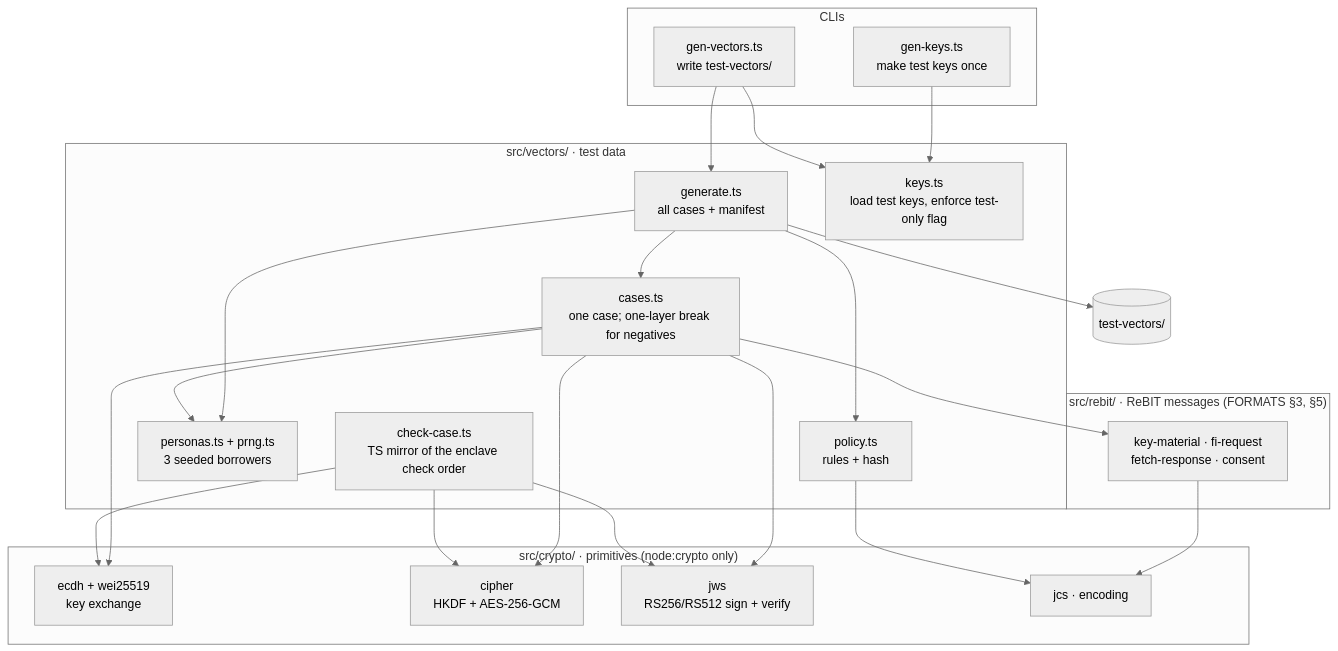
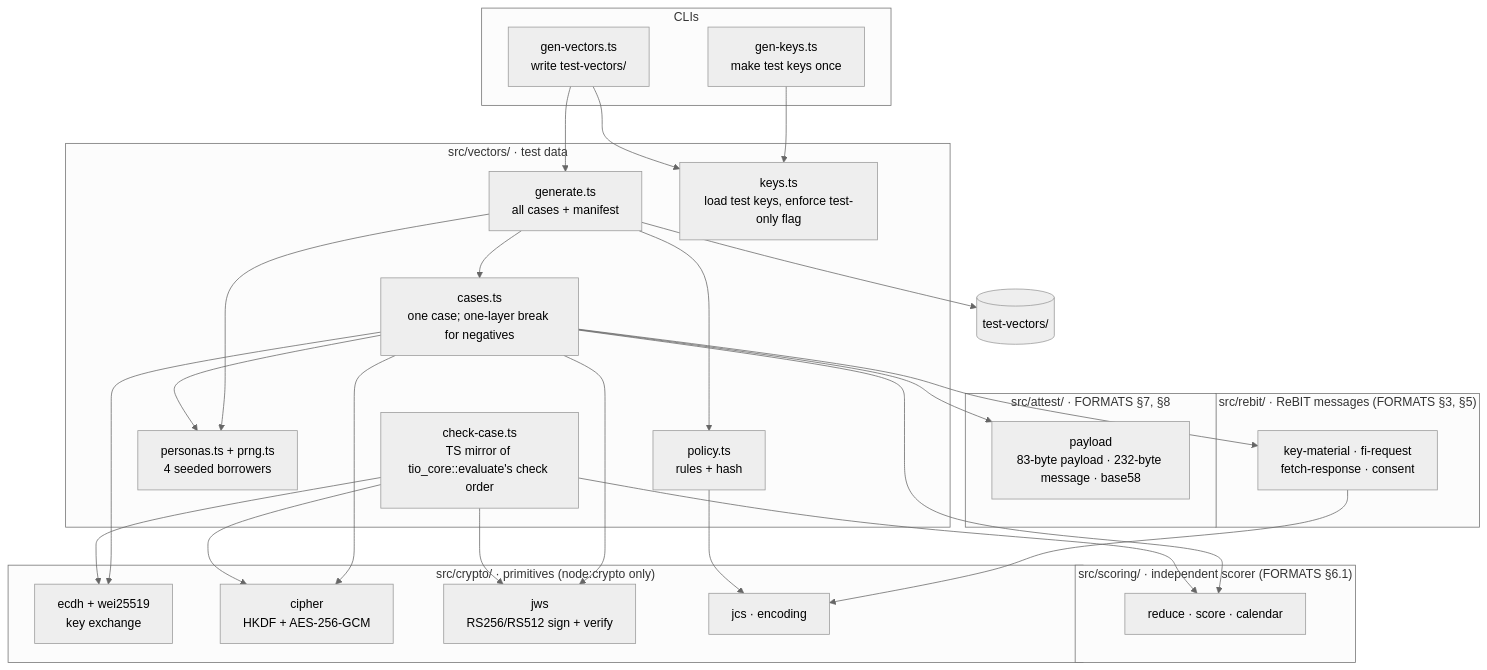
Before and after one commit to pandaa880/tee-income-oracle: the diagram in sandbox-bank/README.md, drawn with Mermaid (neutral theme). The commit also changed 179 other files, not shown here.

First line of the commit message:
feat(tio-core): add evaluate pipeline and attestation payload (#18)

````diff
--- a/sandbox-bank/README.md
+++ b/sandbox-bank/README.md
@@ -33,43 +33,52 @@
 ```mermaid
 flowchart TD
   subgraph cli["CLIs"]
     GK["gen-keys.ts<br/>make test keys once"]
     GV["gen-vectors.ts<br/>write test-vectors/"]
   end
   subgraph vectors["src/vectors/ · test data"]
     GEN["generate.ts<br/>all cases + manifest"]
     CASES["cases.ts<br/>one case; one-layer break for negatives"]
-    CHECK["check-case.ts<br/>TS mirror of the enclave check order"]
-    PER["personas.ts + prng.ts<br/>3 seeded borrowers"]
+    CHECK["check-case.ts<br/>TS mirror of tio_core::evaluate's check order"]
+    PER["personas.ts + prng.ts<br/>4 seeded borrowers"]
     POL["policy.ts<br/>rules + hash"]
     KEYS["keys.ts<br/>load test keys, enforce test-only flag"]
+  end
+  subgraph scoring["src/scoring/ · independent scorer (FORMATS §6.1)"]
+    SCORE["reduce · score · calendar"]
+  end
+  subgraph attest["src/attest/ · FORMATS §7, §8"]
+    PAY["payload<br/>83-byte payload · 232-byte message · base58"]
   end
   subgraph rebit["src/rebit/ · ReBIT messages (FORMATS §3, §5)"]
     MSG["key-material · fi-request<br/>fetch-response · consent"]
   end
   subgraph crypto["src/crypto/ · primitives (node:crypto only)"]
     ECDH["ecdh + wei25519<br/>key exchange"]
     CIPH["cipher<br/>HKDF + AES-256-GCM"]
     JWS["jws<br/>RS256/RS512 sign + verify"]
     UTIL["jcs · encoding"]
   end
   OUT[("test-vectors/")]
 
   GK --> KEYS
   GV --> GEN
   GV --> KEYS
   GEN --> CASES
   GEN --> PER
   GEN --> POL
   GEN --> OUT
   CASES --> MSG
   CASES --> PER
   CASES --> ECDH
   CASES --> CIPH
   CASES --> JWS
+  CASES --> SCORE
+  CASES --> PAY
+  CHECK --> SCORE
   CHECK --> ECDH
   CHECK --> CIPH
   CHECK --> JWS
   MSG --> UTIL
   POL --> UTIL
 ```
````
